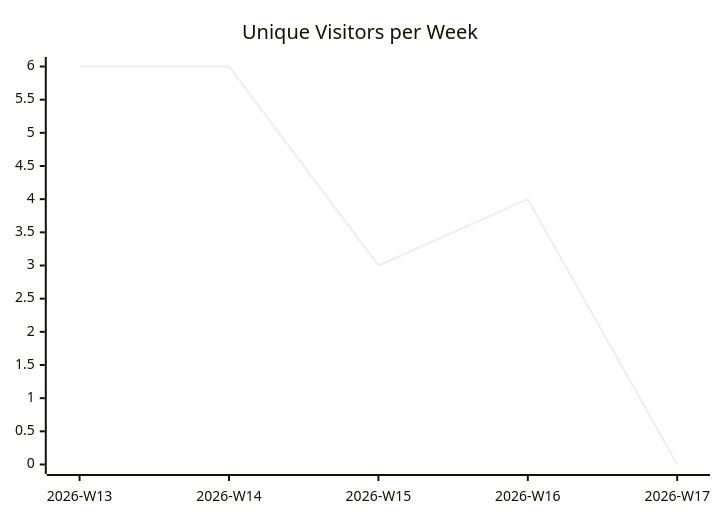
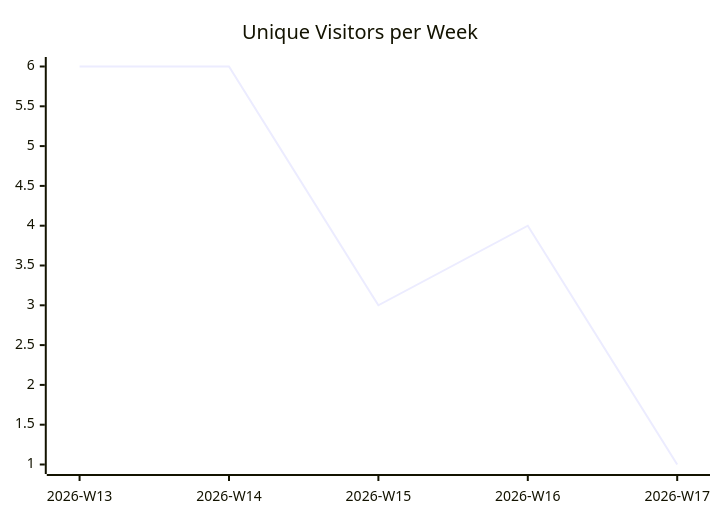
One commit to justdavis-family/github-analytics-data changed the first of 3 diagrams in karlmdavis/ksoap2-android/README.md. Above: the diagram before and after it, drawn with Mermaid. The commit also changed other lines of this file and 198 other files, not shown here.

````diff
--- a/karlmdavis/ksoap2-android/README.md
+++ b/karlmdavis/ksoap2-android/README.md
@@ -5,6 +5,6 @@
 ```mermaid
 xychart-beta
   title "Unique Visitors per Week"
   x-axis ["2026-W13", "2026-W14", "2026-W15", "2026-W16", "2026-W17"]
-  line [6, 6, 3, 4, 0]
+  line [6, 6, 3, 4, 1]
 ```
````
